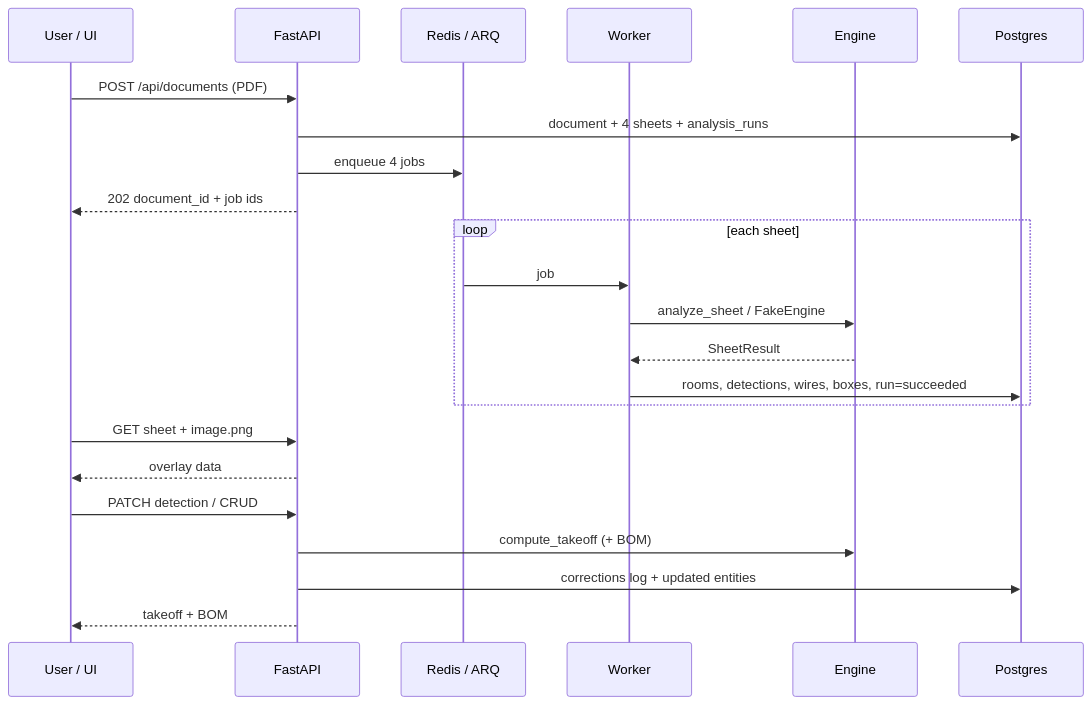
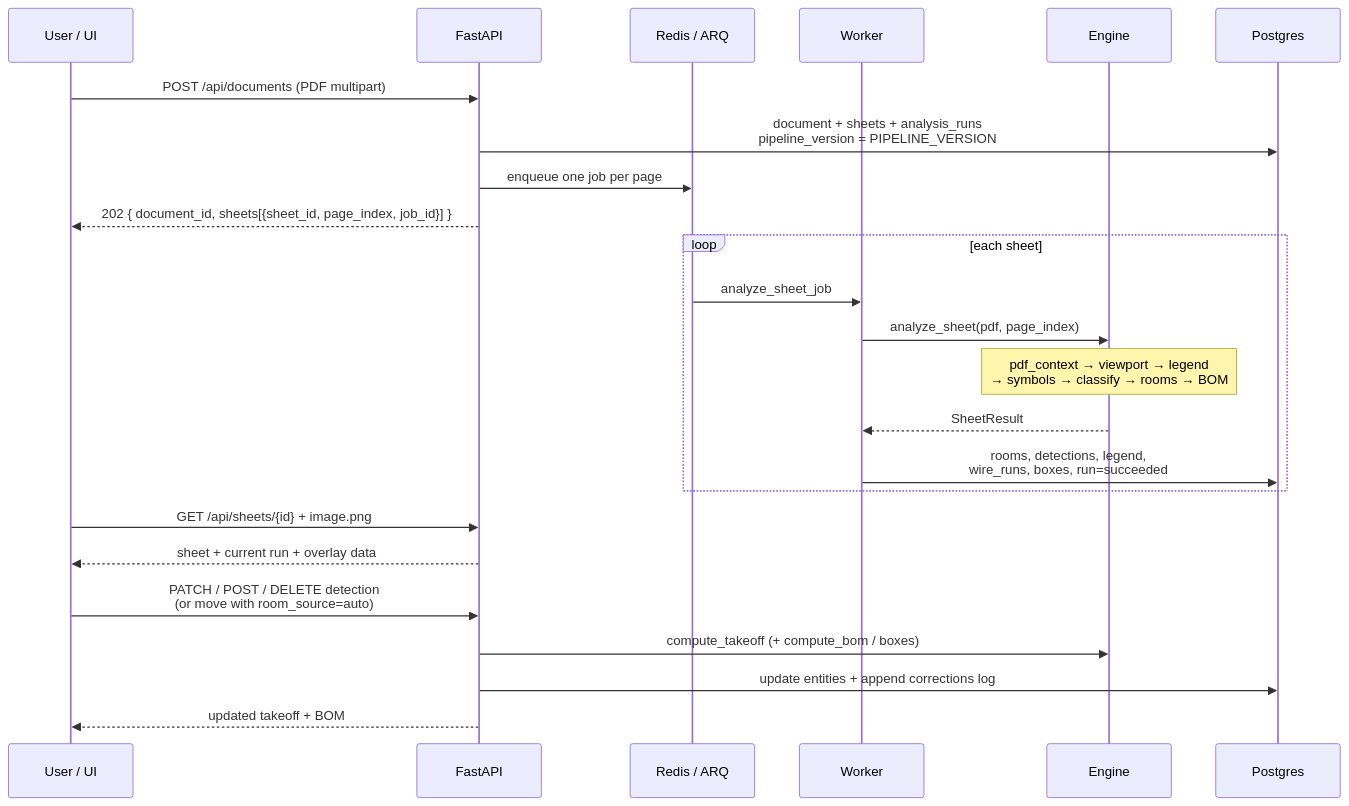
The second of 2 diagrams in docs/architecture.md (sangonzzz/ai-electrical-takeoff), drawn with Mermaid before and after one commit. The commit also changed other lines of this file and 2 other files, not shown here.

First line of the commit message:
[A1] docs: final README and architecture for phase 2

````diff
--- a/docs/architecture.md
+++ b/docs/architecture.md
@@ -50,26 +71,30 @@
 ```mermaid
 sequenceDiagram
   participant U as User / UI
   participant API as FastAPI
   participant Q as Redis / ARQ
   participant W as Worker
   participant E as Engine
   participant DB as Postgres
 
-  U->>API: POST /api/documents (PDF)
-  API->>DB: document + 4 sheets + analysis_runs
-  API->>Q: enqueue 4 jobs
-  API-->>U: 202 document_id + job ids
+  U->>API: POST /api/documents (PDF multipart)
+  API->>DB: document + sheets + analysis_runs<br/>pipeline_version = PIPELINE_VERSION
+  API->>Q: enqueue one job per page
+  API-->>U: 202 { document_id, sheets[{sheet_id, page_index, job_id}] }
+
   loop each sheet
-    Q->>W: job
-    W->>E: analyze_sheet / FakeEngine
+    Q->>W: analyze_sheet_job
+    W->>E: analyze_sheet(pdf, page_index)
+    Note over E: pdf_context → viewport → legend<br/>→ symbols → classify → rooms → BOM
     E-->>W: SheetResult
-    W->>DB: rooms, detections, wires, boxes, run=succeeded
+    W->>DB: rooms, detections, legend,<br/>wire_runs, boxes, run=succeeded
   end
-  U->>API: GET sheet + image.png
-  API-->>U: overlay data
-  U->>API: PATCH detection / CRUD
-  API->>E: compute_takeoff (+ BOM)
-  API->>DB: corrections log + updated entities
-  API-->>U: takeoff + BOM
+
+  U->>API: GET /api/sheets/{id} + image.png
+  API-->>U: sheet + current run + overlay data
+
+  U->>API: PATCH / POST / DELETE detection<br/>(or move with room_source=auto)
+  API->>E: compute_takeoff (+ compute_bom / boxes)
+  API->>DB: update entities + append corrections log
+  API-->>U: updated takeoff + BOM
 ```
````
